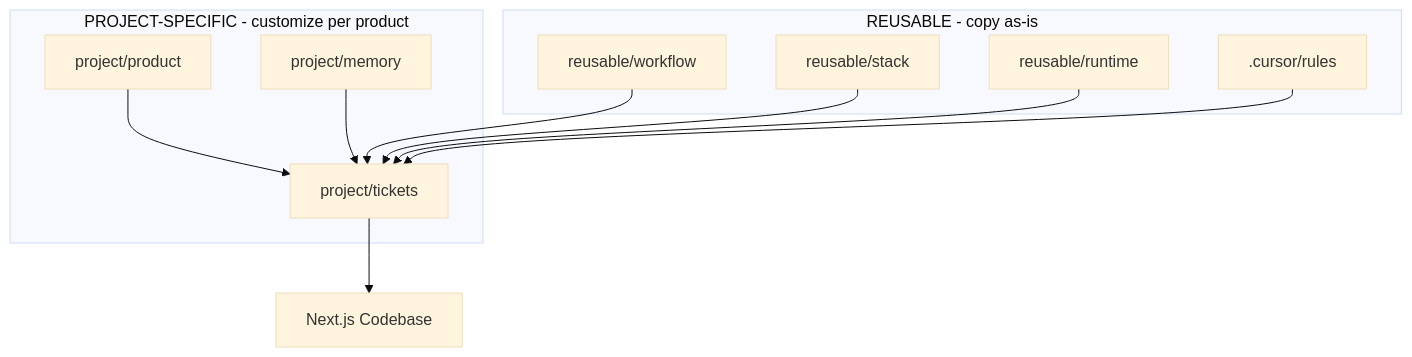
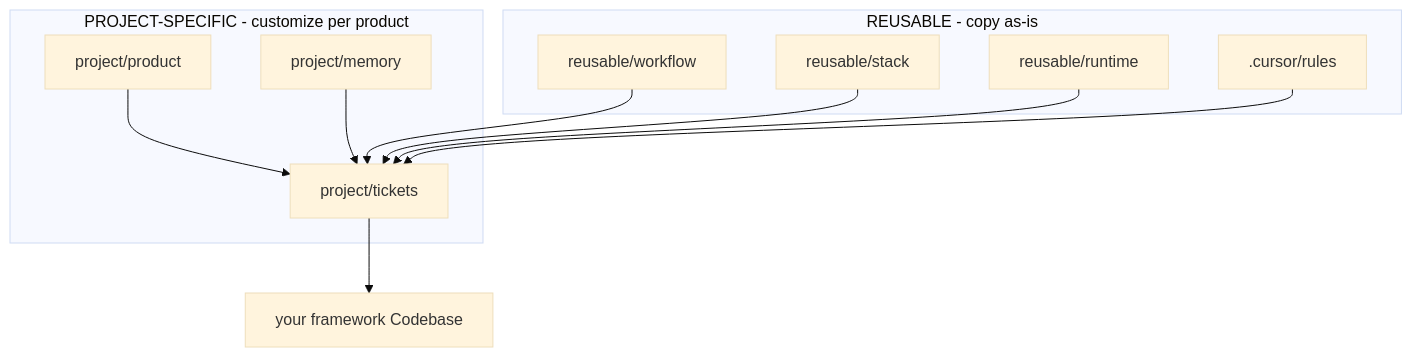
The diagram in ai/LEGEND.md (Richmano-stack/ai-dev-os), drawn with Mermaid (base theme) before and after one commit. The commit also changed other lines of this file and 30 other files, not shown here.

````diff
--- a/ai/LEGEND.md
+++ b/ai/LEGEND.md
@@ -63,23 +63,23 @@
 ```mermaid
 flowchart TB
   subgraph reusable [REUSABLE - copy as-is]
     Stack[reusable/stack]
     Workflow[reusable/workflow]
     Runtime[reusable/runtime]
     CursorRules[.cursor/rules]
   end
 
   subgraph project [PROJECT-SPECIFIC - customize per product]
     Product[project/product]
     Memory[project/memory]
     Tickets[project/tickets]
   end
 
   Product --> Tickets
   Memory --> Tickets
   Workflow --> Tickets
   Stack --> Tickets
   Runtime --> Tickets
   CursorRules --> Tickets
-  Tickets --> Code[Next.js Codebase]
+  Tickets --> Code[your framework Codebase]
 ```
````
